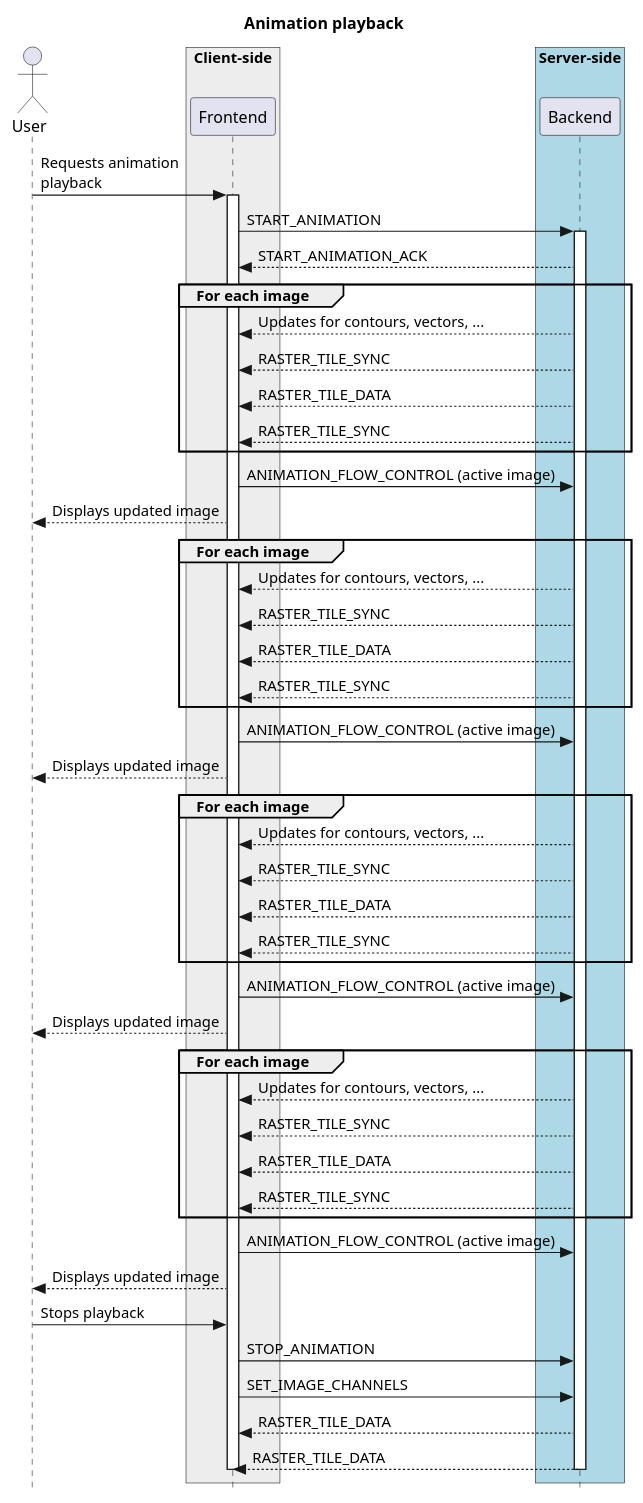
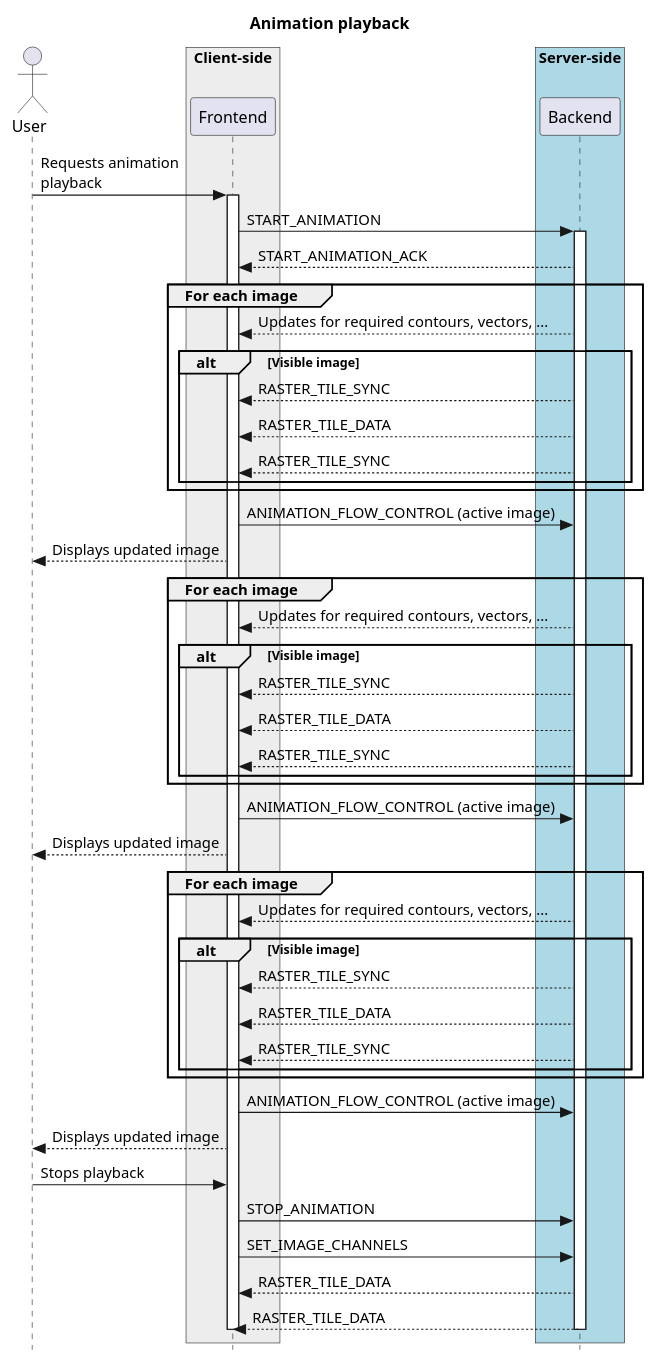
One commit to CARTAvis/carta-protobuf changed the third of 3 diagrams in docs/src/data_cube_navigation.rst. Above: the diagram before and after it, drawn with PlantUML. The commit also changed other lines of this file, not shown here.

Commit message:
update animation doc

```diff
--- a/docs/src/data_cube_navigation.rst
+++ b/docs/src/data_cube_navigation.rst
@@ -116,58 +116,56 @@
 .. uml::
     
     skinparam style strictuml
     hide footbox
     title Animation playback
     
     actor User
     box "Client-side" #EDEDED
             participant Frontend
     end box
     
     box "Server-side" #lightblue
     	participant Backend
     end box
     User -> Frontend: Requests animation\nplayback
     activate Frontend
     Frontend -> Backend : START_ANIMATION
     activate Backend
     Frontend <-- Backend : START_ANIMATION_ACK
     Group For each image
-        Frontend <-- Backend : Updates for contours, vectors, ...
-        Frontend <-- Backend : RASTER_TILE_SYNC
-        Frontend <-- Backend : RASTER_TILE_DATA
-        Frontend <-- Backend : RASTER_TILE_SYNC
+        Frontend <-- Backend : Updates for required contours, vectors, ...
+        alt Visible image
+            Frontend <-- Backend : RASTER_TILE_SYNC
+            Frontend <-- Backend : RASTER_TILE_DATA
+            Frontend <-- Backend : RASTER_TILE_SYNC
+        end
     end
     Frontend -> Backend: ANIMATION_FLOW_CONTROL (active image)
     User <-- Frontend: Displays updated image
     Group For each image
-        Frontend <-- Backend : Updates for contours, vectors, ...
-        Frontend <-- Backend : RASTER_TILE_SYNC
-        Frontend <-- Backend : RASTER_TILE_DATA
-        Frontend <-- Backend : RASTER_TILE_SYNC
+        Frontend <-- Backend : Updates for required contours, vectors, ...
+        alt Visible image
+            Frontend <-- Backend : RASTER_TILE_SYNC
+            Frontend <-- Backend : RASTER_TILE_DATA
+            Frontend <-- Backend : RASTER_TILE_SYNC
+        end
     end
     Frontend -> Backend: ANIMATION_FLOW_CONTROL (active image)
     User <-- Frontend: Displays updated image
     Group For each image
-        Frontend <-- Backend : Updates for contours, vectors, ...
-        Frontend <-- Backend : RASTER_TILE_SYNC
-        Frontend <-- Backend : RASTER_TILE_DATA
-        Frontend <-- Backend : RASTER_TILE_SYNC
-    end
-    Frontend -> Backend: ANIMATION_FLOW_CONTROL (active image)
-    User <-- Frontend: Displays updated image
-    Group For each image
-        Frontend <-- Backend : Updates for contours, vectors, ...
-        Frontend <-- Backend : RASTER_TILE_SYNC
-        Frontend <-- Backend : RASTER_TILE_DATA
-        Frontend <-- Backend : RASTER_TILE_SYNC
+        Frontend <-- Backend : Updates for required contours, vectors, ...
+        alt Visible image
+            Frontend <-- Backend : RASTER_TILE_SYNC
+            Frontend <-- Backend : RASTER_TILE_DATA
+            Frontend <-- Backend : RASTER_TILE_SYNC
+        end
     end
     Frontend -> Backend: ANIMATION_FLOW_CONTROL (active image)
     User <-- Frontend: Displays updated image
     User -> Frontend : Stops playback
     Frontend -> Backend : STOP_ANIMATION
     Frontend -> Backend : SET_IMAGE_CHANNELS
     Frontend <-- Backend : RASTER_TILE_DATA
     Frontend <-- Backend : RASTER_TILE_DATA
     deactivate Frontend
     deactivate Backend
```
